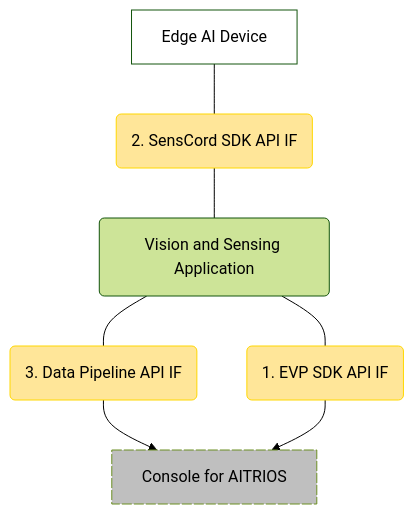
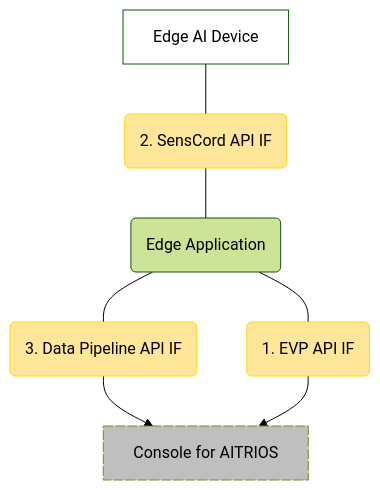
Before and after one commit to ZucchiniTang/aitrios-sdk-vision-sensing-app: the third of 4 diagrams in tutorials/4_prepare_application/1_develop/README.md, drawn with Mermaid (forest theme). The commit also changed other lines of this file and 170 other files, not shown here.

````diff
--- a/tutorials/4_prepare_application/1_develop/README.md
+++ b/tutorials/4_prepare_application/1_develop/README.md
@@ -118,21 +121,21 @@
 ```mermaid
 graph TD;
     %% definition
     classDef object fill:#FFE699, stroke:#FFD700
     classDef device fill:#FFFFFF
     classDef Console fill:#BFBFBF, stroke:#6b8e23, stroke-dasharray: 10 2
 
-    app(Vision and Sensing Application)
+    app(Edge Application)
     console[Console for AITRIOS]:::Console
     device[Edge AI Device]:::device
-    if_evp(1. EVP SDK API IF):::object
-    if_sc(2. SensCord SDK API IF):::object
+    if_evp(1. EVP API IF):::object
+    if_sc(2. SensCord API IF):::object
     if_dpl(3. Data Pipeline API IF):::object
 
     app---if_dpl
     if_dpl-->console
     app---if_evp
     if_evp-->console
     if_sc---app
     device---if_sc
 ```
````
